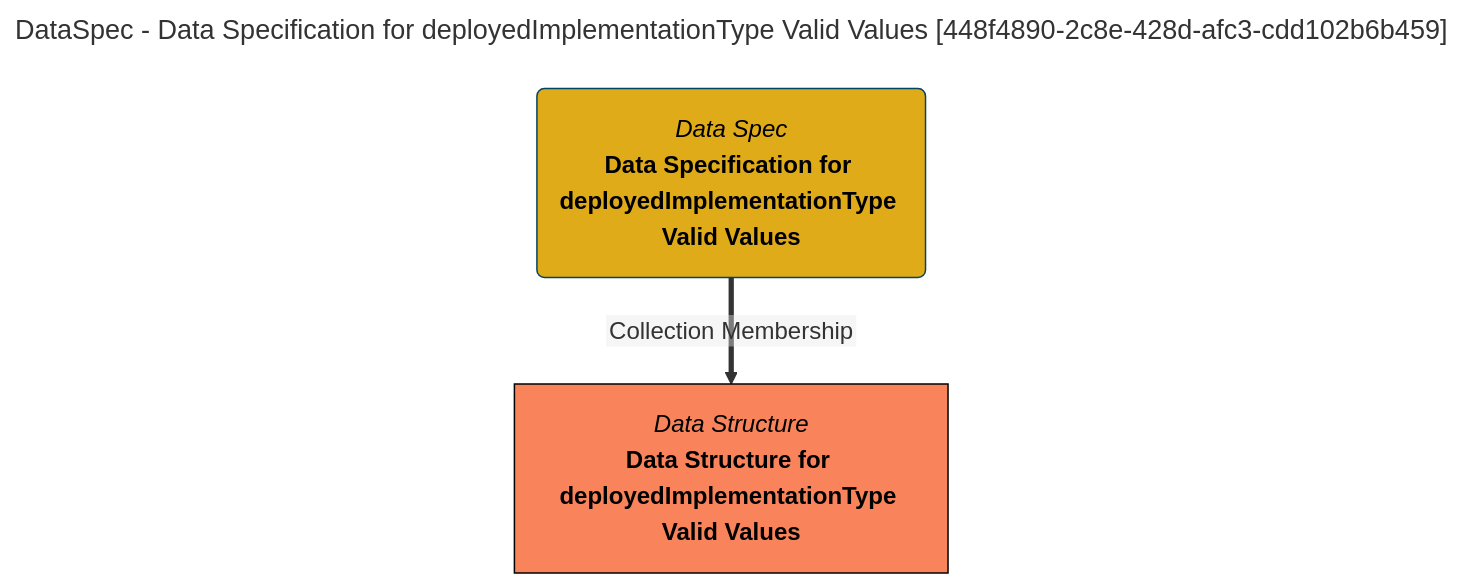
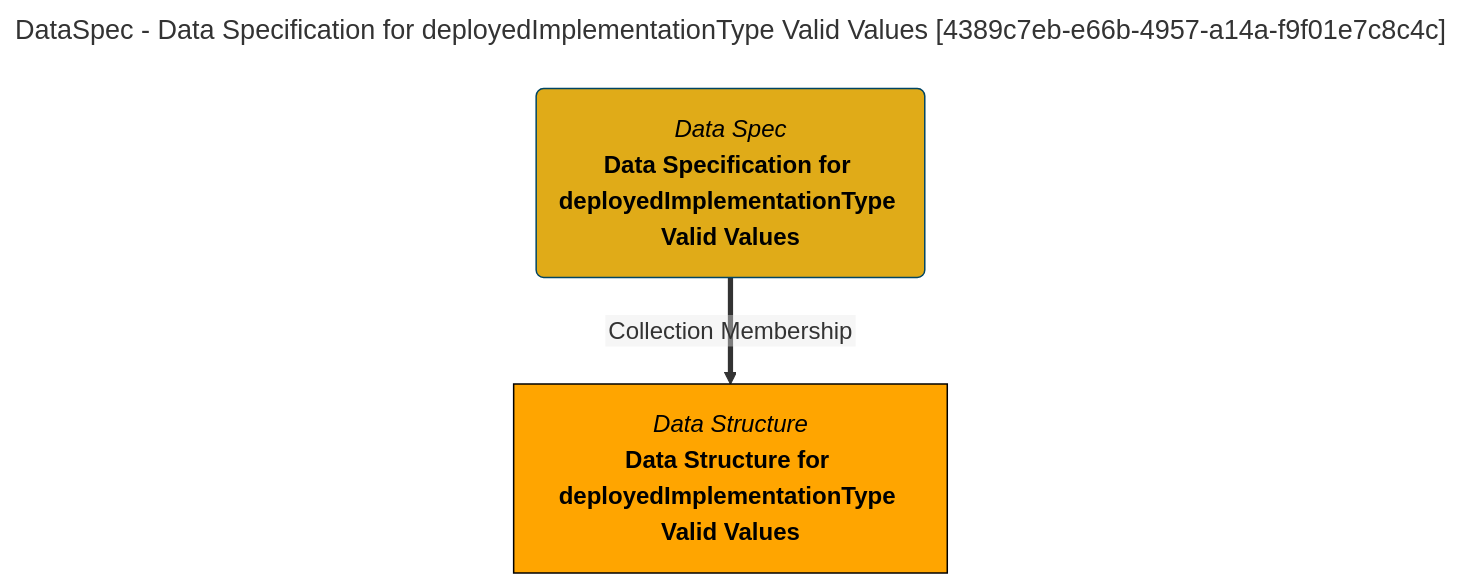
One commit to odpi/egeria-docs changed the diagram in site/snippets/collections/data-specs/data-specification-for-deployedimplementationtype-valid-values-mermaid-graph.md. Above: the diagram before and after it, drawn with Mermaid. The commit also changed 2201 other files, not shown here.

````diff
--- a/site/snippets/collections/data-specs/data-specification-for-deployedimplementationtype-valid-values-mermaid-graph.md
+++ b/site/snippets/collections/data-specs/data-specification-for-deployedimplementationtype-valid-values-mermaid-graph.md
@@ -1,15 +1,15 @@
 ```mermaid
 ---
-title: DataSpec - Data Specification for deployedImplementationType Valid Values [448f4890-2c8e-428d-afc3-cdd102b6b459]
+title: DataSpec - Data Specification for deployedImplementationType Valid Values [4389c7eb-e66b-4957-a14a-f9f01e7c8c4c]
 ---
 flowchart TD
 %%{init: {"flowchart": {"htmlLabels": false}} }%%
 
 1@{ shape: rounded, label: "*Data Spec*
 **Data Specification for deployedImplementationType Valid Values**"}
 2@{ shape: rect, label: "*Data Structure*
 **Data Structure for deployedImplementationType Valid Values**"}
 1==>|"Collection Membership"|2
 style 1 color:#000000, fill:#e0ab18, stroke:#004563
-style 2 color:#000000, fill:#f9845b, stroke:#000000
+style 2 color:#000000, fill:#FFA500, stroke:#000000
 ```
````
